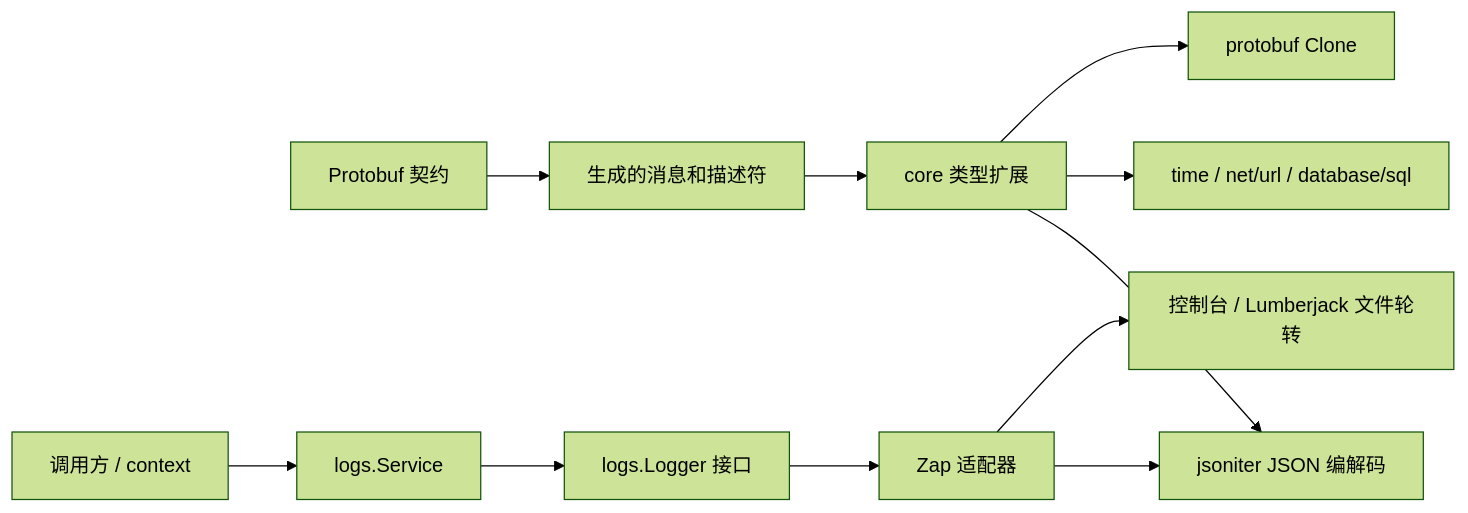
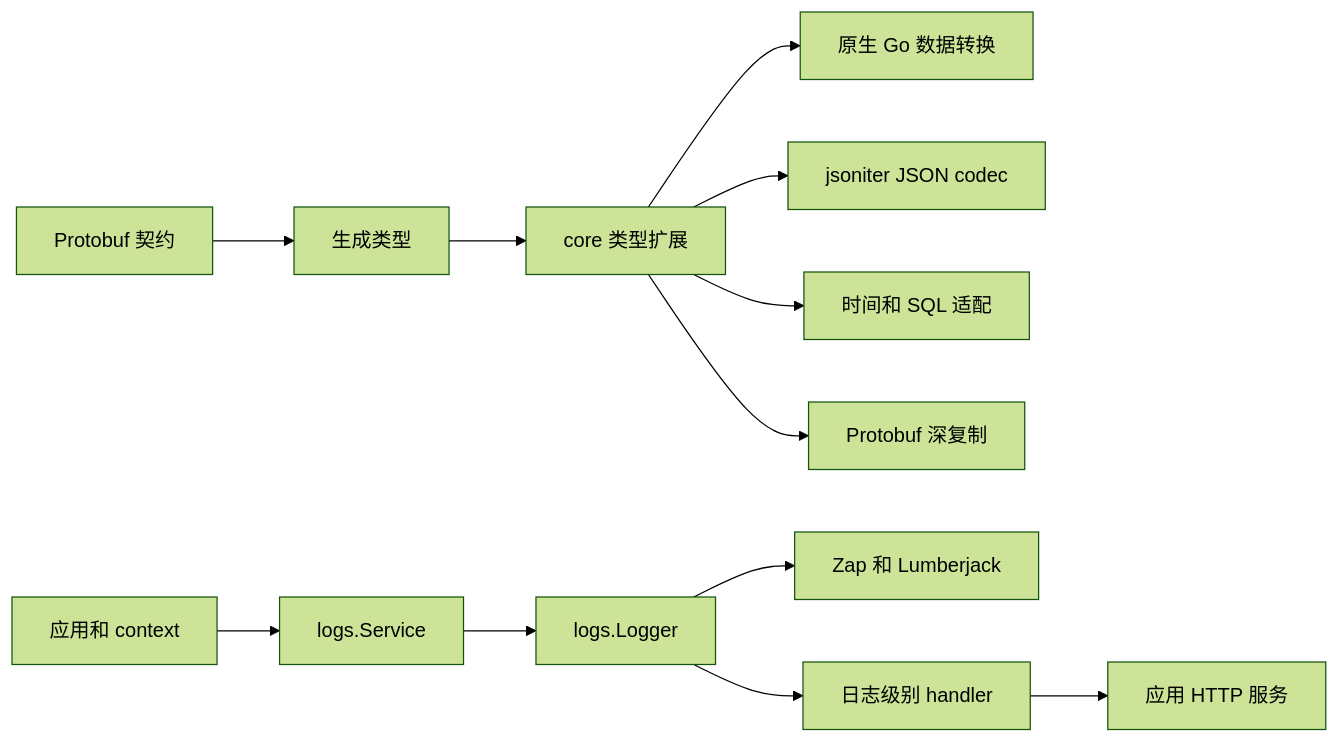
One commit to fino-io/core changed the diagram in ARCHITECTURE.md. Above: the diagram before and after it, drawn with Mermaid (forest theme). The commit also changed other lines of this file and 39 other files, not shown here.

````diff
--- a/ARCHITECTURE.md
+++ b/ARCHITECTURE.md
@@ -19,13 +17,14 @@
 ```mermaid
 flowchart LR
-  P[Protobuf 契约] --> G[生成的消息和描述符]
+  P[Protobuf 契约] --> G[生成类型]
   G --> C[core 类型扩展]
-  C --> J[jsoniter JSON 编解码]
-  C --> T[time / net/url / database/sql]
-  C --> PC[protobuf Clone]
-  S[调用方 / context] --> L[logs.Service]
-  L --> I[logs.Logger 接口]
-  I --> Z[Zap 适配器]
-  Z --> J
-  Z --> O[控制台 / Lumberjack 文件轮转]
+  C --> V[原生 Go 数据转换]
+  C --> J[jsoniter JSON codec]
+  C --> T[时间和 SQL 适配]
+  C --> PC[Protobuf 深复制]
+  A[应用和 context] --> S[logs.Service]
+  S --> L[logs.Logger]
+  L --> Z[Zap 和 Lumberjack]
+  L --> H[日志级别 handler]
+  H --> AS[应用 HTTP 服务]
 ```
````
